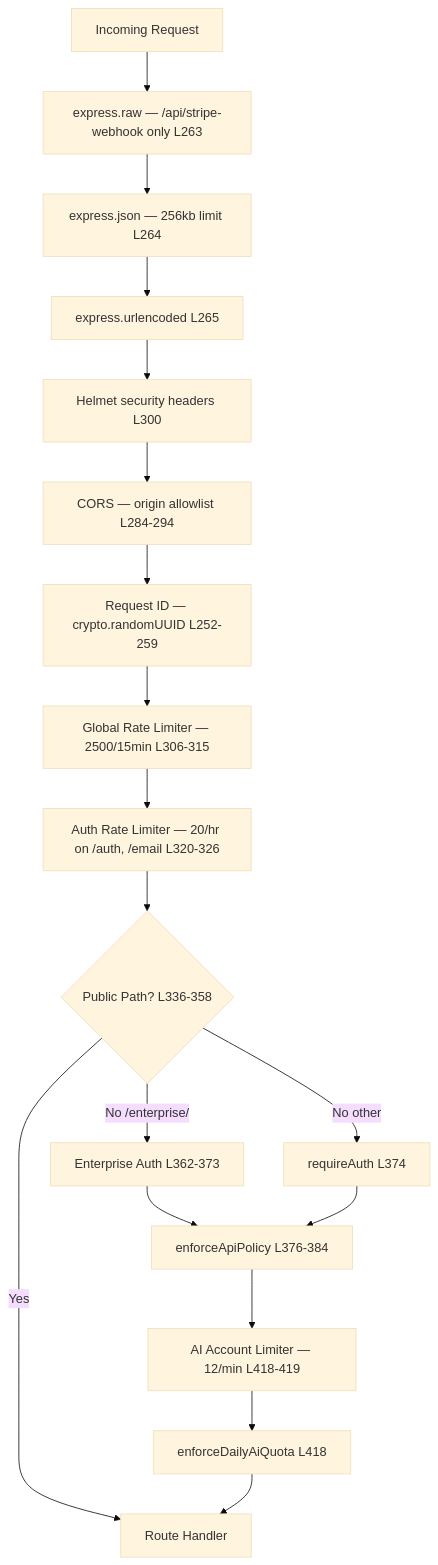
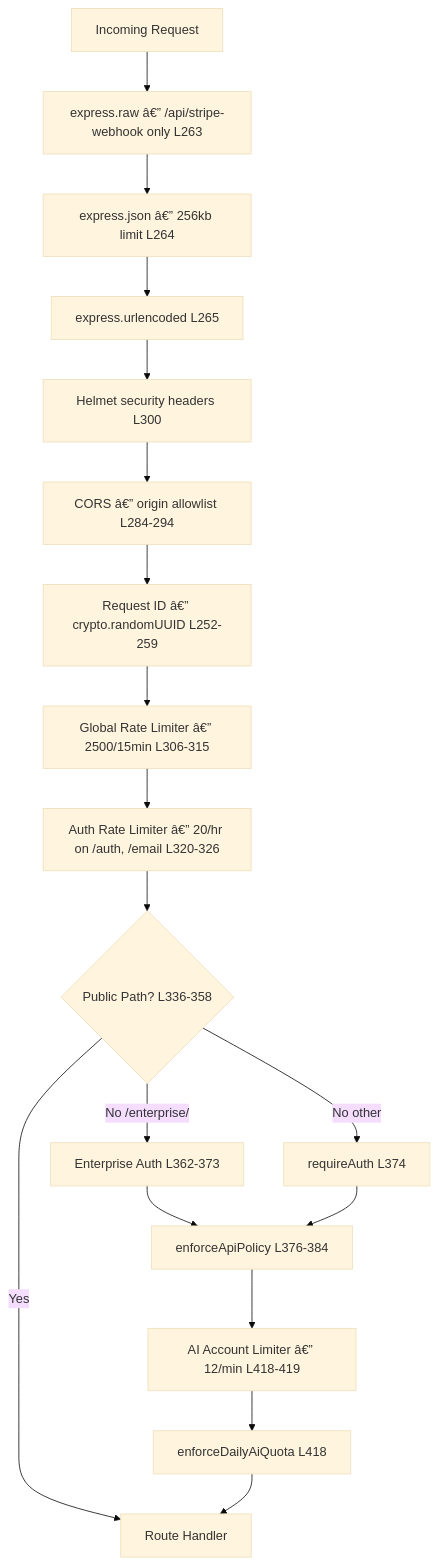
Before and after one commit to bhaskarbeyond-creator/ResumePilotAi: the seventh of 18 diagrams in architecture-flowchart.md, drawn with Mermaid (base theme). The commit also changed other lines of this file and 1 other file, not shown here.

````diff
--- a/architecture-flowchart.md
+++ b/architecture-flowchart.md
@@ -820,20 +820,20 @@
 ```mermaid
 graph TD
-    REQ[Incoming Request] --> RAW[express.raw — /api/stripe-webhook only L263]
-    RAW --> JSON[express.json — 256kb limit L264]
+    REQ[Incoming Request] --> RAW[express.raw â€” /api/stripe-webhook only L263]
+    RAW --> JSON[express.json â€” 256kb limit L264]
     JSON --> URLENC[express.urlencoded L265]
     URLENC --> HELMET[Helmet security headers L300]
-    HELMET --> CORS[CORS — origin allowlist L284-294]
-    CORS --> REQID[Request ID — crypto.randomUUID L252-259]
-    REQID --> GLOBAL[Global Rate Limiter — 2500/15min L306-315]
-    GLOBAL --> AUTH_LIM[Auth Rate Limiter — 20/hr on /auth, /email L320-326]
+    HELMET --> CORS[CORS â€” origin allowlist L284-294]
+    CORS --> REQID[Request ID â€” crypto.randomUUID L252-259]
+    REQID --> GLOBAL[Global Rate Limiter â€” 2500/15min L306-315]
+    GLOBAL --> AUTH_LIM[Auth Rate Limiter â€” 20/hr on /auth, /email L320-326]
     AUTH_LIM --> PUBLIC{Public Path? L336-358}
     PUBLIC --> |Yes| HANDLER[Route Handler]
     PUBLIC --> |No /enterprise/| ENT_AUTH[Enterprise Auth L362-373]
     PUBLIC --> |No other| REQ_AUTH[requireAuth L374]
     ENT_AUTH --> POLICY[enforceApiPolicy L376-384]
     REQ_AUTH --> POLICY
-    POLICY --> AI_LIM[AI Account Limiter — 12/min L418-419]
+    POLICY --> AI_LIM[AI Account Limiter â€” 12/min L418-419]
     AI_LIM --> AI_QUOTA[enforceDailyAiQuota L418]
     AI_QUOTA --> HANDLER
 ```
````
